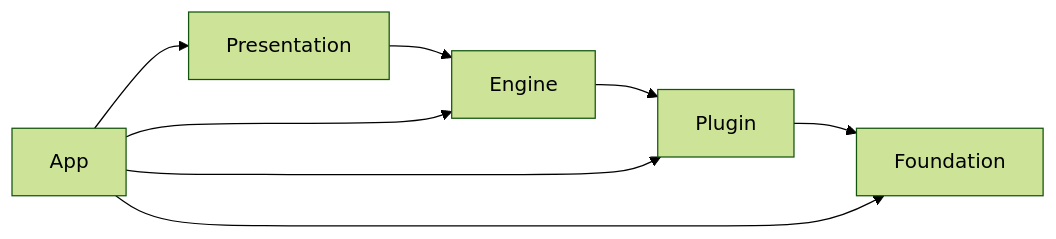
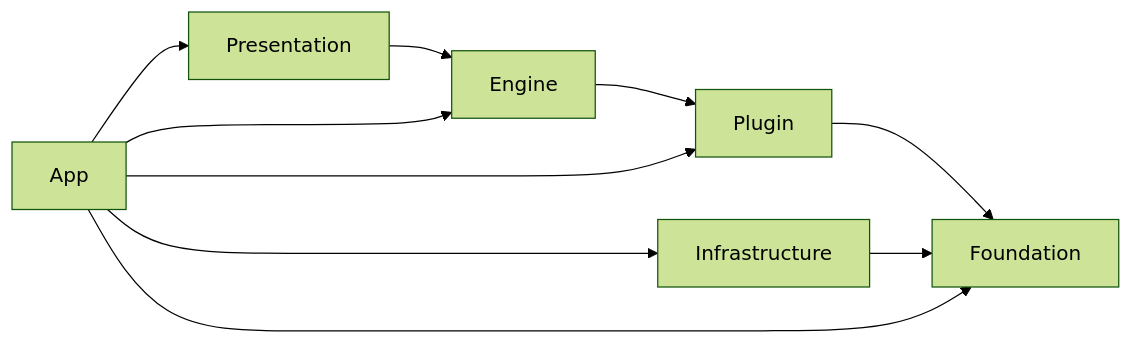
The first of 3 diagrams in docs/context/ARCHITECTURE.md (tivnantu/PhotoScanner), drawn with Mermaid (forest theme) before and after one commit. The commit also changed other lines of this file and 33 other files, not shown here.

````diff
--- a/docs/context/ARCHITECTURE.md
+++ b/docs/context/ARCHITECTURE.md
@@ -8,10 +8,12 @@
 ```mermaid
 graph LR
     Presentation[Presentation] --> Engine[Engine]
     Engine --> Plugin[Plugin]
     Plugin --> Foundation[Foundation]
+    Infrastructure[Infrastructure] --> Foundation
     App[App] --> Presentation
     App --> Engine
+    App --> Infrastructure
     App --> Plugin
     App --> Foundation
 ```
````
